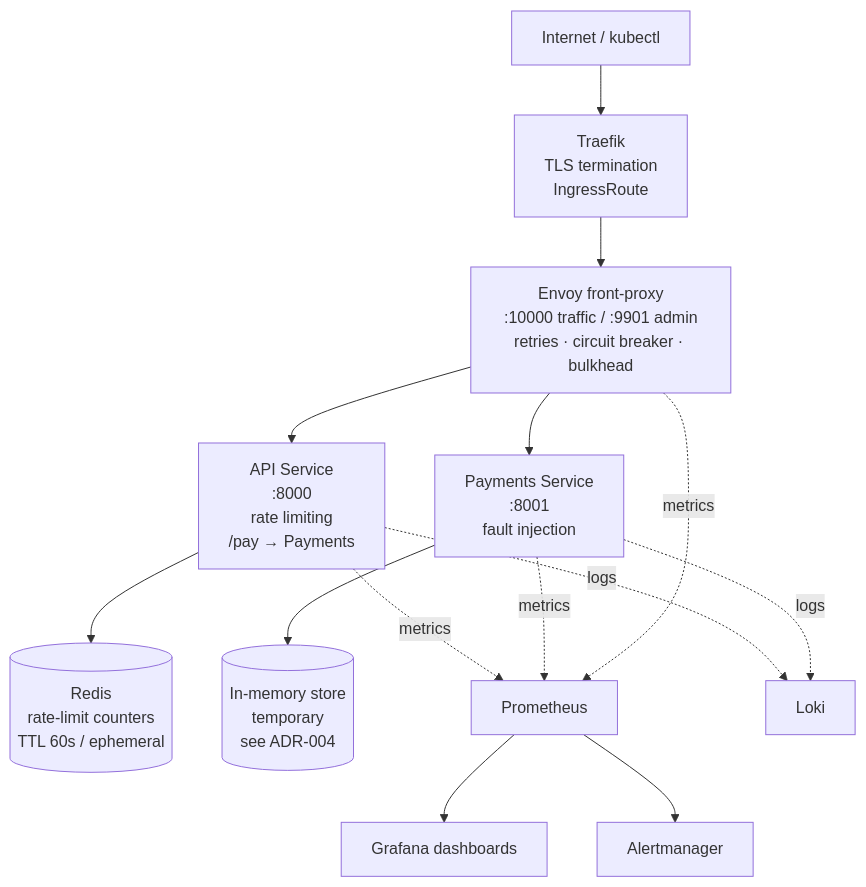
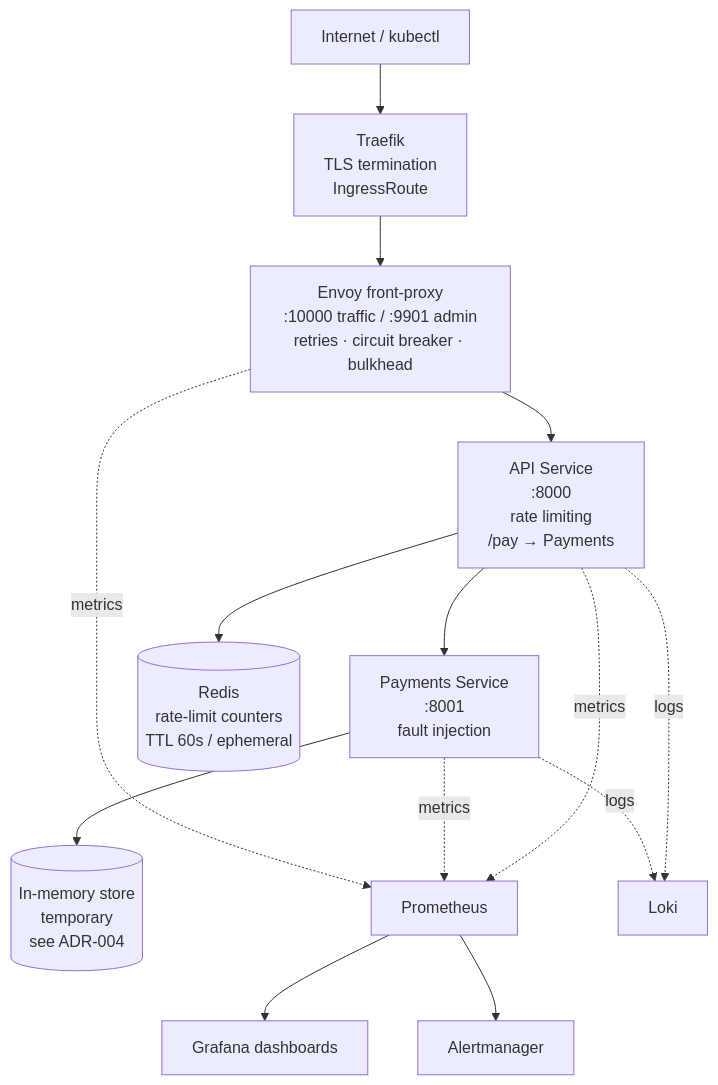
The first of 2 diagrams in docs/ARCHITECTURE.md (lotoos0/resilience-lab), drawn with Mermaid before and after one commit. The commit also changed other lines of this file, not shown here.

Commit message:
docs(architecture): fix 6 review findings in diagrams and scenarios table
- Fix Envoy→Payments edge: API calls Payments directly via PAYMENTS_URL,
  not through Envoy; corrected to API→Payments in flowchart
- Replace \n with <br/> in all 6 Mermaid node labels for correct GitHub rendering
- Add Alertmanager row to Component Summary table (was in flowchart, missing from table)
- Add Request Flow subsection link to Table of Contents
- Fix Pod disruption trigger: PDB covers voluntary evictions only, not pod crashes;
  changed "Pod restart / node drain" to "Node drain / voluntary eviction"
- Clarify outlier ejection time: base_ejection_time 30s multiplies per ejection count,
  not a flat 30s

````diff
--- a/docs/ARCHITECTURE.md
+++ b/docs/ARCHITECTURE.md
@@ -46,22 +47,22 @@
 ```mermaid
 flowchart TB
-    Client["Internet / kubectl"] --> Traefik["Traefik\nTLS termination\nIngressRoute"]
+    Client["Internet / kubectl"] --> Traefik["Traefik<br/>TLS termination<br/>IngressRoute"]
 
-    Traefik --> Envoy["Envoy front-proxy\n:10000 traffic / :9901 admin\nretries · circuit breaker · bulkhead"]
+    Traefik --> Envoy["Envoy front-proxy<br/>:10000 traffic / :9901 admin<br/>retries · circuit breaker · bulkhead"]
 
-    Envoy --> API["API Service\n:8000\nrate limiting\n/pay → Payments"]
-    Envoy --> Payments["Payments Service\n:8001\nfault injection"]
+    Envoy --> API["API Service<br/>:8000<br/>rate limiting<br/>/pay → Payments"]
+    API --> Payments["Payments Service<br/>:8001<br/>fault injection"]
 
-    API --> Redis[("Redis\nrate-limit counters\nTTL 60s / ephemeral")]
-    Payments --> Memory[("In-memory store\ntemporary\nsee ADR-004")]
+    API --> Redis[("Redis<br/>rate-limit counters<br/>TTL 60s / ephemeral")]
+    Payments --> Memory[("In-memory store<br/>temporary<br/>see ADR-004")]
 
     API -. metrics .-> Prometheus["Prometheus"]
     Payments -. metrics .-> Prometheus
     Envoy -. metrics .-> Prometheus
 
     Prometheus --> Grafana["Grafana dashboards"]
     Prometheus --> Alertmanager["Alertmanager"]
 
     API -. logs .-> Loki["Loki"]
     Payments -. logs .-> Loki
 ```
````
